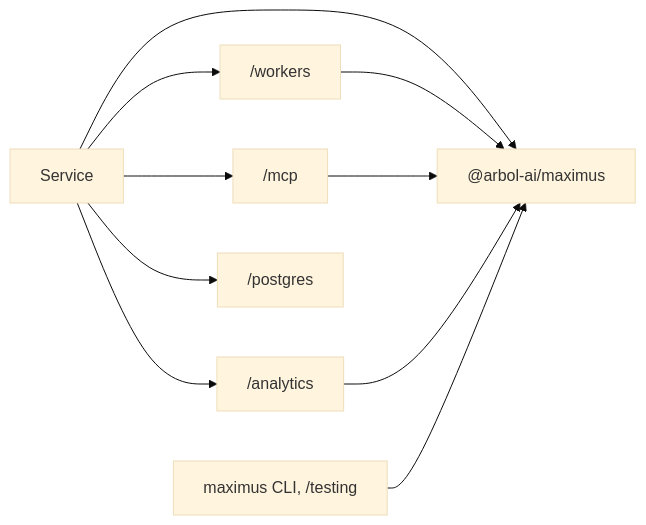
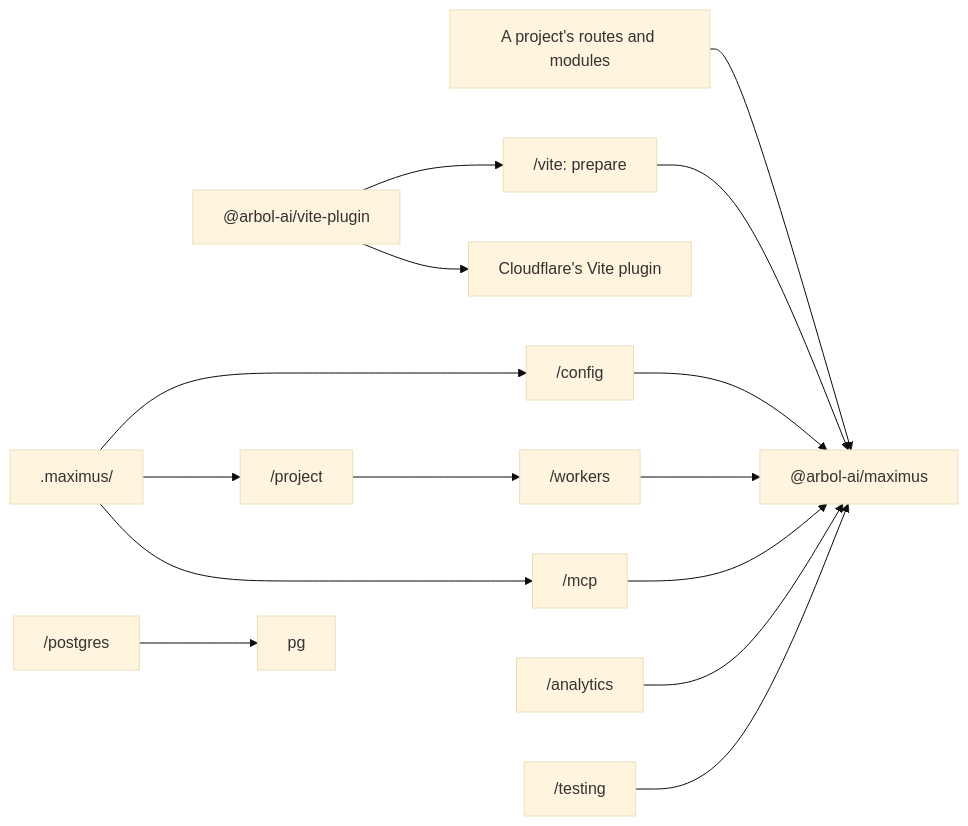
One commit to getarbol/maximus changed the diagram in docs/architecture.md. Above: the diagram before and after it, drawn with Mermaid (base theme). The commit also changed other lines of this file and 27 other files, not shown here.

````diff
--- a/docs/architecture.md
+++ b/docs/architecture.md
@@ -30,12 +38,17 @@
 ```mermaid
 flowchart LR
-  Service --> Core["@arbol-ai/maximus"]
-  Service --> Workers["/workers"]
-  Service --> MCP["/mcp"]
-  Service --> Analytics["/analytics"]
-  Service --> Postgres["/postgres"]
+  Project["A project's routes and modules"] --> Core["@arbol-ai/maximus"]
+  Plugin["@arbol-ai/vite-plugin"] --> Vite["/vite: prepare"]
+  Plugin --> Cloudflare["Cloudflare's Vite plugin"]
+  Generated[".maximus/"] --> Config["/config"]
+  Generated --> ProjectEntry["/project"]
+  Generated --> MCP["/mcp"]
+  ProjectEntry --> Workers["/workers"]
   Workers --> Core
   MCP --> Core
-  Analytics --> Core
-  Tooling["maximus CLI, /testing"] --> Core
+  Config --> Core
+  Analytics["/analytics"] --> Core
+  Vite --> Core
+  Testing["/testing"] --> Core
+  Postgres["/postgres"] --> PG["pg"]
 ```
````
